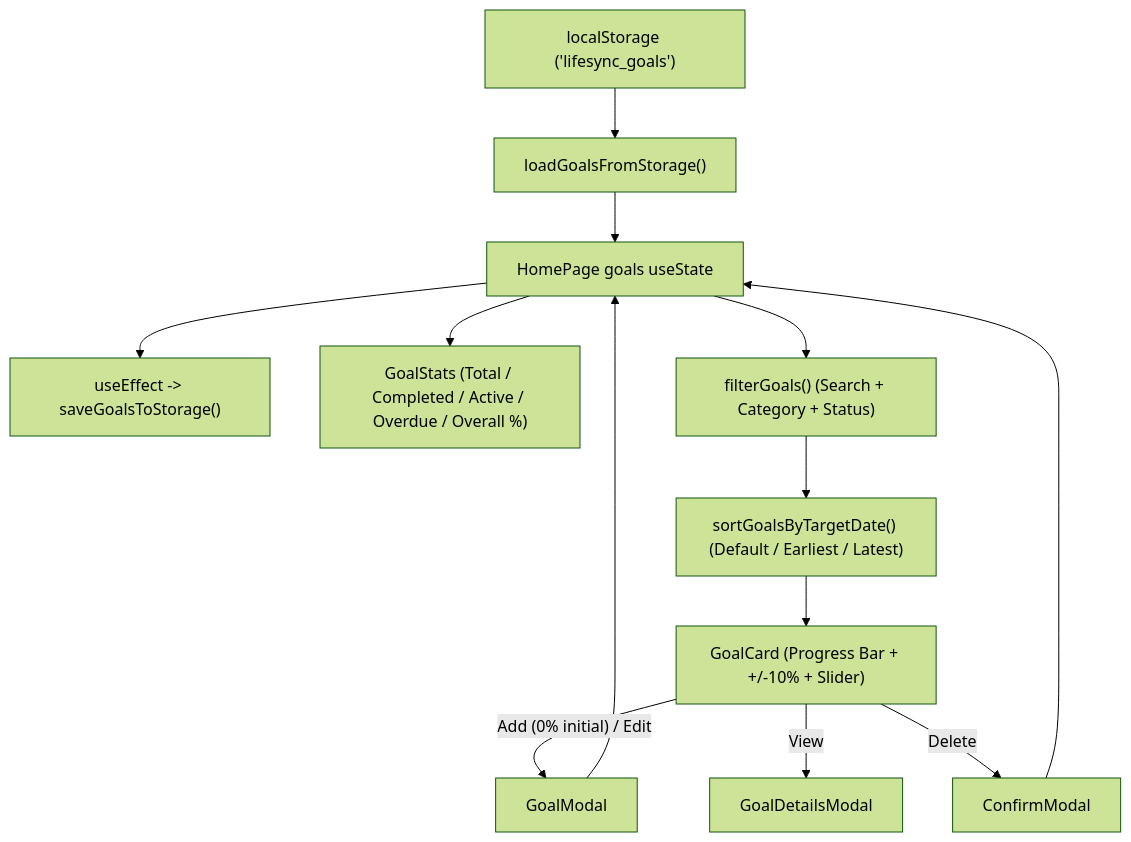
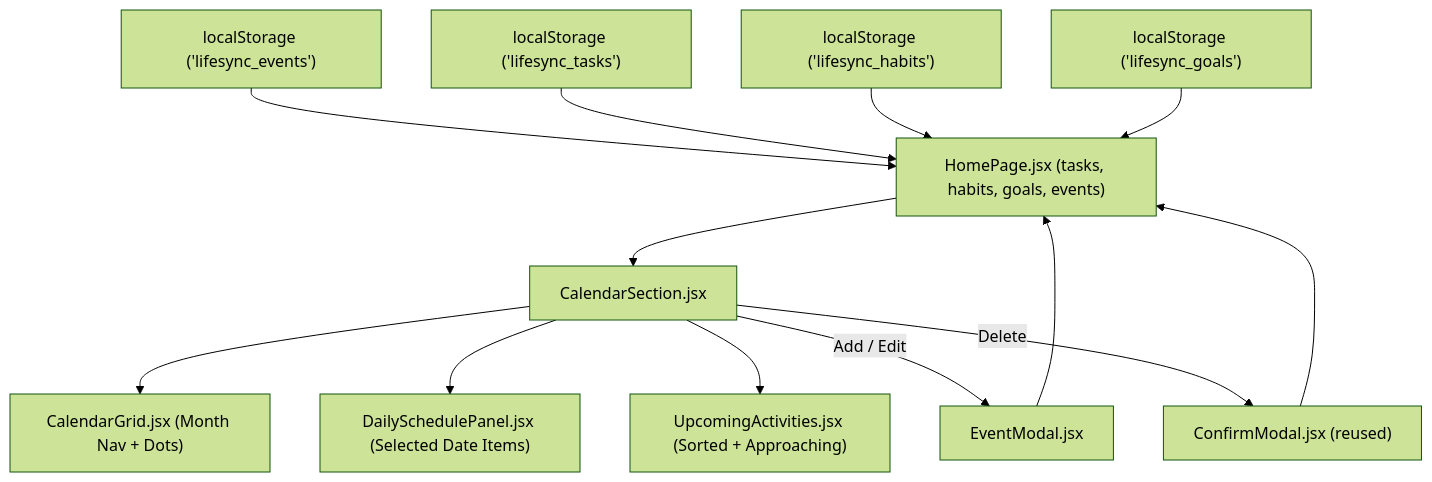
One commit to vedikamande/LifeSync changed the first of 2 diagrams in personname.md. Above: the diagram before and after it, drawn with Mermaid (forest theme). The commit also changed other lines of this file and 13 other files, not shown here.

Commit message:
Implement Calendar & Scheduling module with Task, Habit, and Goal integration

````diff
--- a/personname.md
+++ b/personname.md
@@ -36,15 +41,15 @@
 ```mermaid
 flowchart TD
-    Storage["localStorage ('lifesync_goals')"] --> Load["loadGoalsFromStorage()"]
-    Load --> State["HomePage goals useState"]
-    State --> Save["useEffect -> saveGoalsToStorage()"]
-    State --> Stats["GoalStats (Total / Completed / Active / Overdue / Overall %)"]
-    State --> Filter["filterGoals() (Search + Category + Status)"]
-    Filter --> Sort["sortGoalsByTargetDate() (Default / Earliest / Latest)"]
-    Sort --> Cards["GoalCard (Progress Bar + +/-10% + Slider)"]
-    Cards -->|"Add (0% initial) / Edit"| Modal["GoalModal"]
-    Cards -->|"View"| Details["GoalDetailsModal"]
-    Cards -->|"Delete"| Confirm["ConfirmModal"]
-    Modal --> State
-    Confirm --> State
+    Events["localStorage ('lifesync_events')"] --> Home["HomePage.jsx (tasks, habits, goals, events)"]
+    Tasks["localStorage ('lifesync_tasks')"] --> Home
+    Habits["localStorage ('lifesync_habits')"] --> Home
+    Goals["localStorage ('lifesync_goals')"] --> Home
+    Home --> Cal["CalendarSection.jsx"]
+    Cal --> Grid["CalendarGrid.jsx (Month Nav + Dots)"]
+    Cal --> Daily["DailySchedulePanel.jsx (Selected Date Items)"]
+    Cal --> Upcoming["UpcomingActivities.jsx (Sorted + Approaching)"]
+    Cal -->|"Add / Edit"| EventModal["EventModal.jsx"]
+    Cal -->|"Delete"| Confirm["ConfirmModal.jsx (reused)"]
+    EventModal --> Home
+    Confirm --> Home
 ```
````
